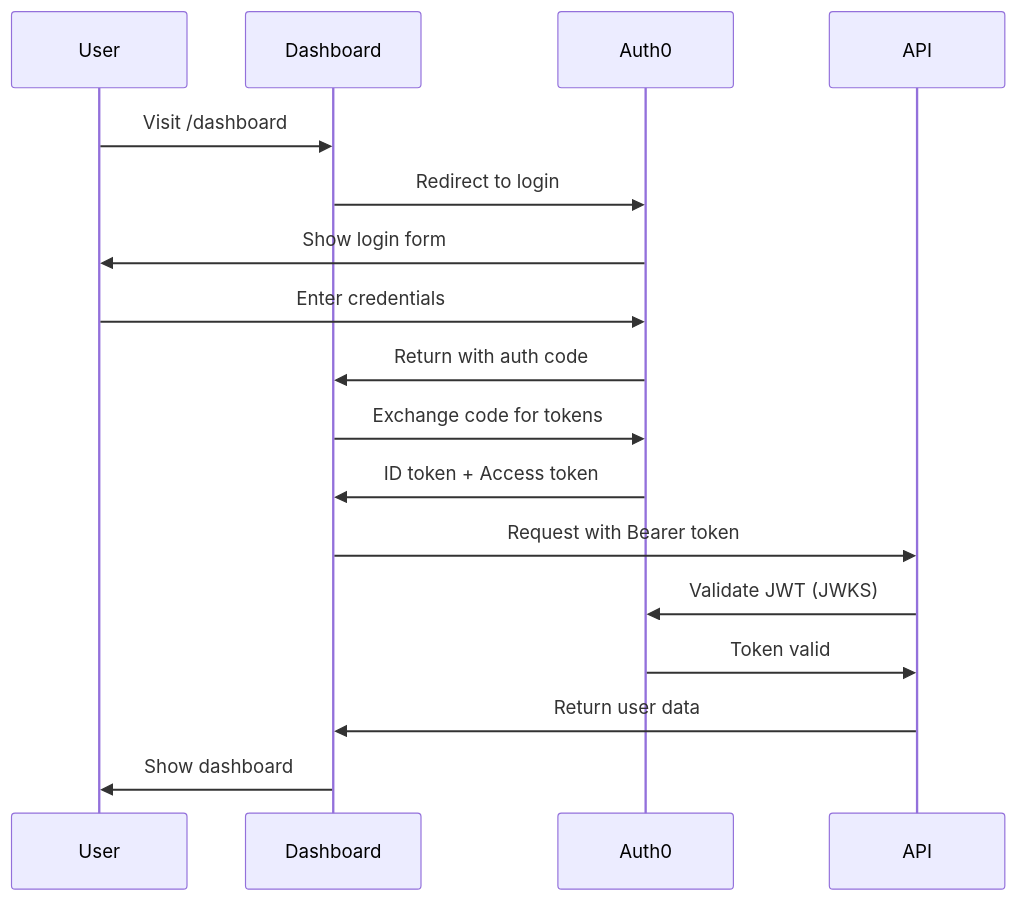
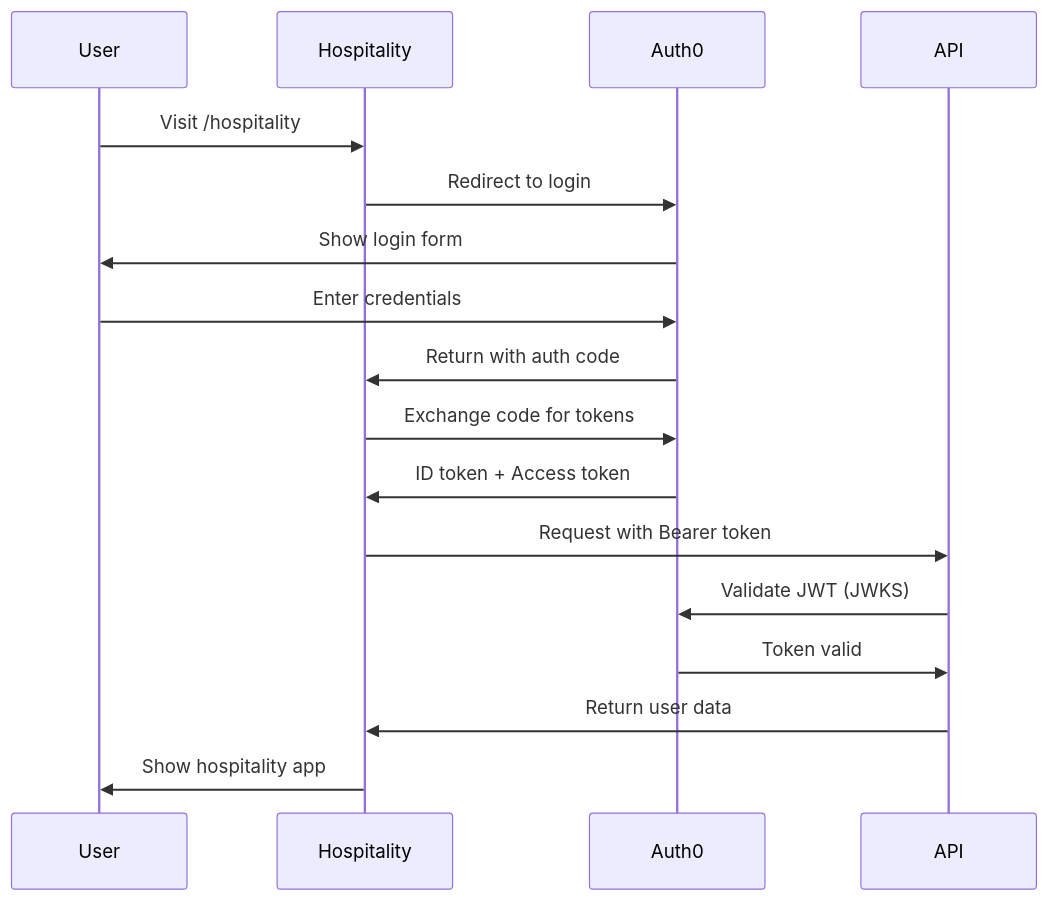
One commit to mattbutlerengineering/mattbutlerengineering changed the second of 5 diagrams in docs/ARCHITECTURE.md. Above: the diagram before and after it, drawn with Mermaid. The commit also changed other lines of this file and 2 other files, not shown here.

Commit message:
docs(02-02): update primary project docs for dashboard→hospitality rename
- CLAUDE.md: URL table, dev port comment, directory layout, access points
- docs/ARCHITECTURE.md: ASCII diagram, Mermaid diagram, component table, auth flow, URLs
- docs/NEXT_STEPS.md: app list, production URLs table, infrastructure overview

````diff
--- a/docs/ARCHITECTURE.md
+++ b/docs/ARCHITECTURE.md
@@ -170,20 +170,20 @@
 ```mermaid
 sequenceDiagram
     participant User
-    participant Dashboard
+    participant Hospitality
     participant Auth0
     participant API
 
-    User->>Dashboard: Visit /dashboard
-    Dashboard->>Auth0: Redirect to login
+    User->>Hospitality: Visit /hospitality
+    Hospitality->>Auth0: Redirect to login
     Auth0->>User: Show login form
     User->>Auth0: Enter credentials
-    Auth0->>Dashboard: Return with auth code
-    Dashboard->>Auth0: Exchange code for tokens
-    Auth0->>Dashboard: ID token + Access token
-    Dashboard->>API: Request with Bearer token
+    Auth0->>Hospitality: Return with auth code
+    Hospitality->>Auth0: Exchange code for tokens
+    Auth0->>Hospitality: ID token + Access token
+    Hospitality->>API: Request with Bearer token
     API->>Auth0: Validate JWT (JWKS)
     Auth0->>API: Token valid
-    API->>Dashboard: Return user data
-    Dashboard->>User: Show dashboard
+    API->>Hospitality: Return user data
+    Hospitality->>User: Show hospitality app
 ```
````
